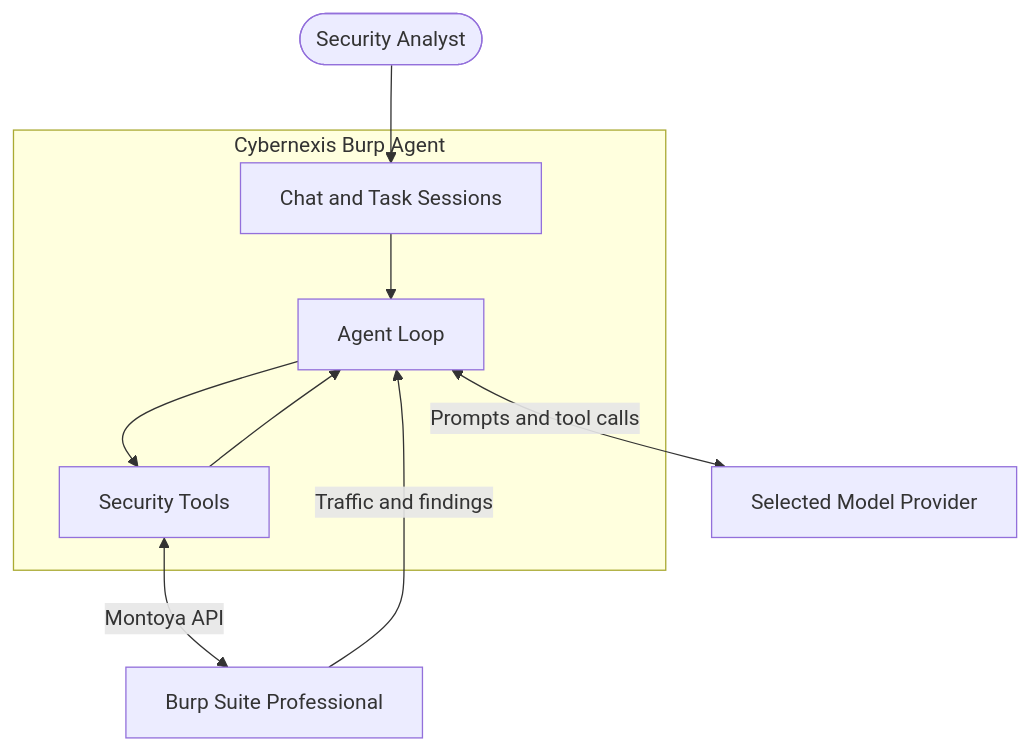
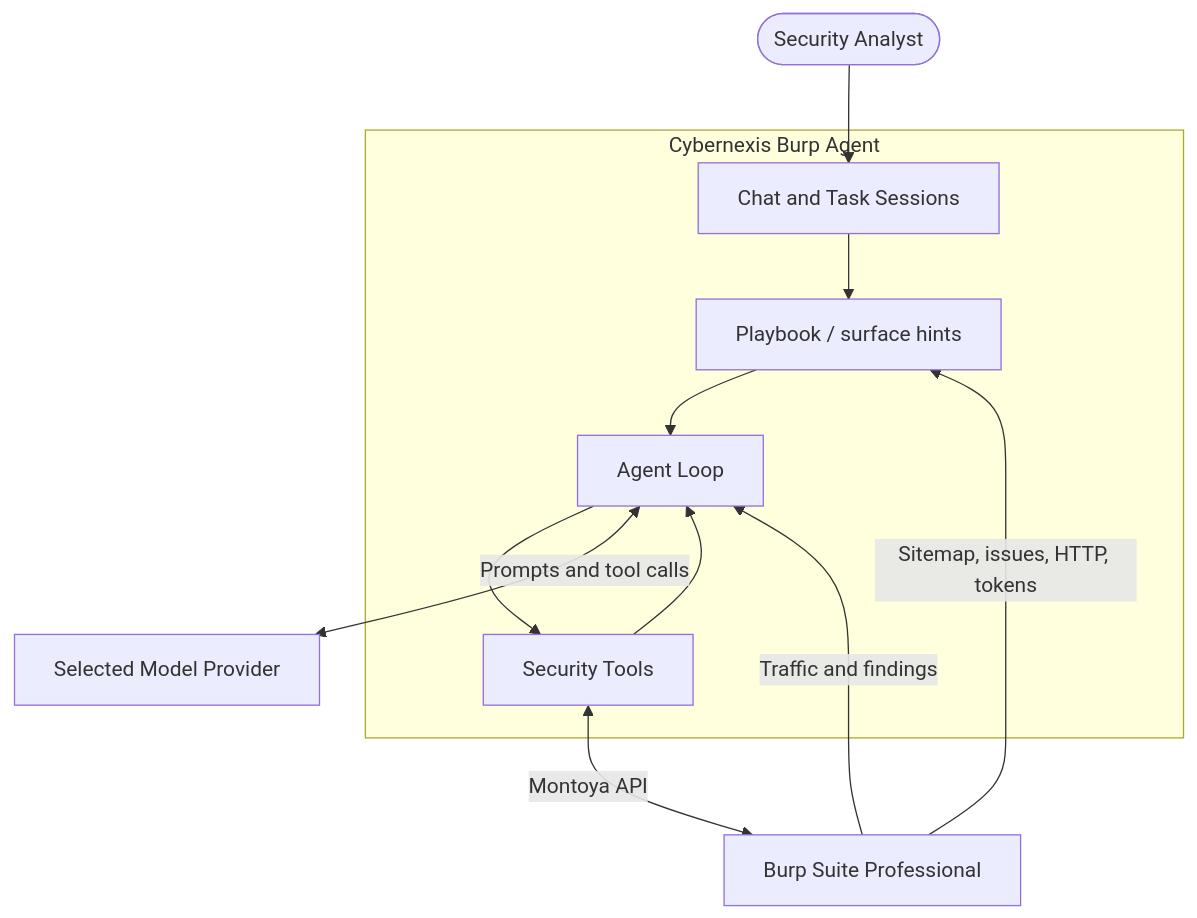
One commit to caglarcakici/cybernexis-burp-agent changed the diagram in README.md. Above: the diagram before and after it, drawn with Mermaid. The commit also changed other lines of this file, not shown here.

````diff
--- a/README.md
+++ b/README.md
@@ -14,22 +16,25 @@
 ```mermaid
 flowchart TD
     U([Security Analyst])
 
     subgraph C[Cybernexis Burp Agent]
         UI[Chat and Task Sessions]
+        PB[Playbook / surface hints]
         LOOP[Agent Loop]
         TOOLS[Security Tools]
 
-        UI --> LOOP
+        UI --> PB
+        PB --> LOOP
         LOOP --> TOOLS
         TOOLS --> LOOP
     end
 
     O[Selected Model Provider]
     B[Burp Suite Professional]
 
     U --> UI
+    B -->|Sitemap, issues, HTTP, tokens| PB
     LOOP <-->|Prompts and tool calls| O
     TOOLS <-->|Montoya API| B
     B -->|Traffic and findings| LOOP
 ```
````
